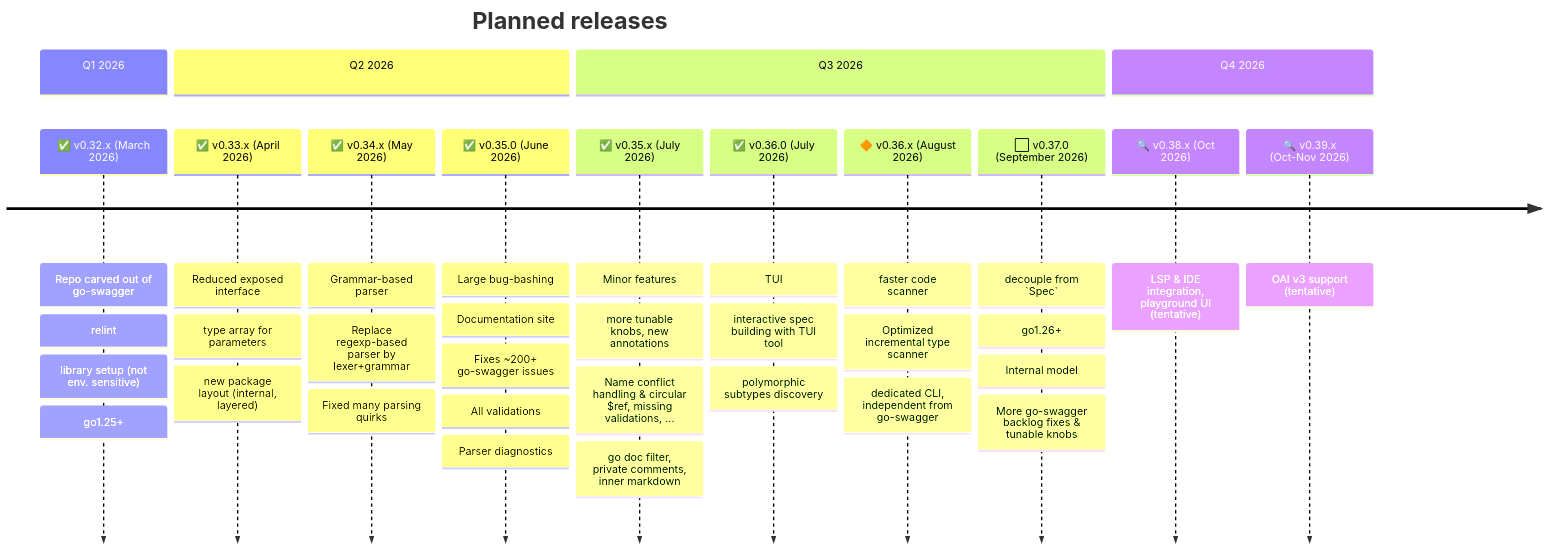
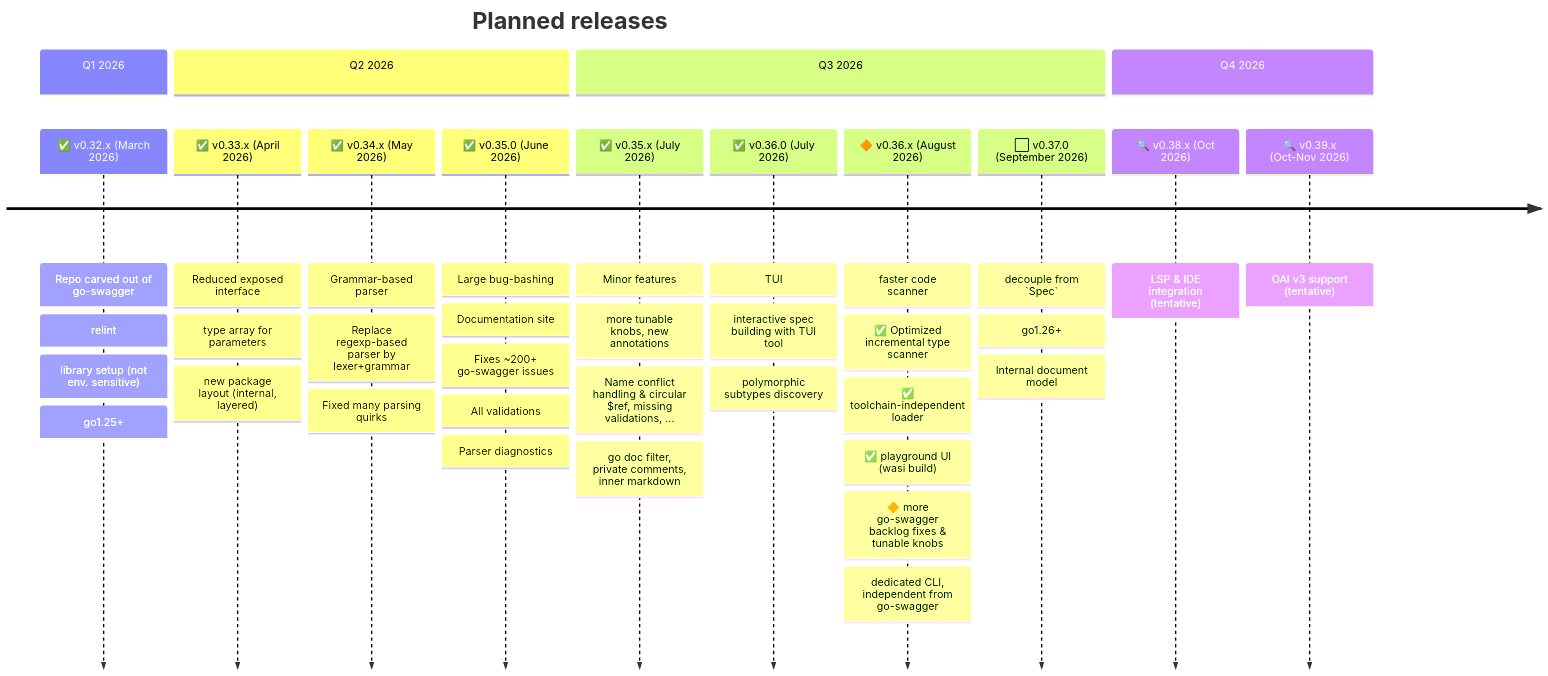
The diagram in docs/doc-site/maintainers/ROADMAP.md (go-openapi/codescan), drawn with Mermaid before and after one commit. The commit also changed 1 other file, not shown here.

Commit message:
doc: updated ROADMAP (#95)

```diff
--- a/docs/doc-site/maintainers/ROADMAP.md
+++ b/docs/doc-site/maintainers/ROADMAP.md
@@ -9,39 +9,41 @@
 {{< mermaid align="center" zoom="true" >}}
 timeline
     title Planned releases
     section Q1 2026
     ✅ v0.32.x (March 2026) : Repo carved out of go-swagger
                     : relint
                     : library setup (not env. sensitive)
                     : go1.25+
     section Q2 2026
     ✅ v0.33.x (April 2026) : Reduced exposed interface
                     : type array for parameters
                     : new package layout (internal, layered)
     ✅ v0.34.x (May 2026) : Grammar-based parser
                     : Replace regexp-based parser by lexer+grammar
                     : Fixed many parsing quirks
     ✅ v0.35.0 (June 2026) : Large bug-bashing
                     : Documentation site
                     : Fixes ~200+ go-swagger issues
                     : All validations
                     : Parser diagnostics
     section Q3 2026
     ✅ v0.35.x (July 2026) : Minor features
                     : more tunable knobs, new annotations
                     : Name conflict handling & circular $ref, missing validations, ... 
                     : go doc filter, private comments, inner markdown
     ✅ v0.36.0 (July 2026) : TUI
                     : interactive spec building with TUI tool
                     : polymorphic subtypes discovery
     🔶 v0.36.x (August 2026) : faster code scanner
-                    : Optimized incremental type scanner
+                    : ✅ Optimized incremental type scanner
+                    : ✅ toolchain-independent loader
+                    : ✅ playground UI (wasi build)
+                    : 🔶 more go-swagger backlog fixes & tunable knobs
                     : dedicated CLI, independent from go-swagger
     ⬜ v0.37.0 (September 2026) : decouple from `Spec`
                     : go1.26+
-                    : Internal model
-                    : More go-swagger backlog fixes & tunable knobs
+                    : Internal document model
     section Q4 2026
-    🔍 v0.38.x (Oct 2026) : LSP & IDE integration, playground UI (tentative)
+    🔍 v0.38.x (Oct 2026) : LSP & IDE integration (tentative)
     🔍 v0.39.x (Oct-Nov 2026) : OAI v3 support (tentative)
 {{< /mermaid >}}
```
